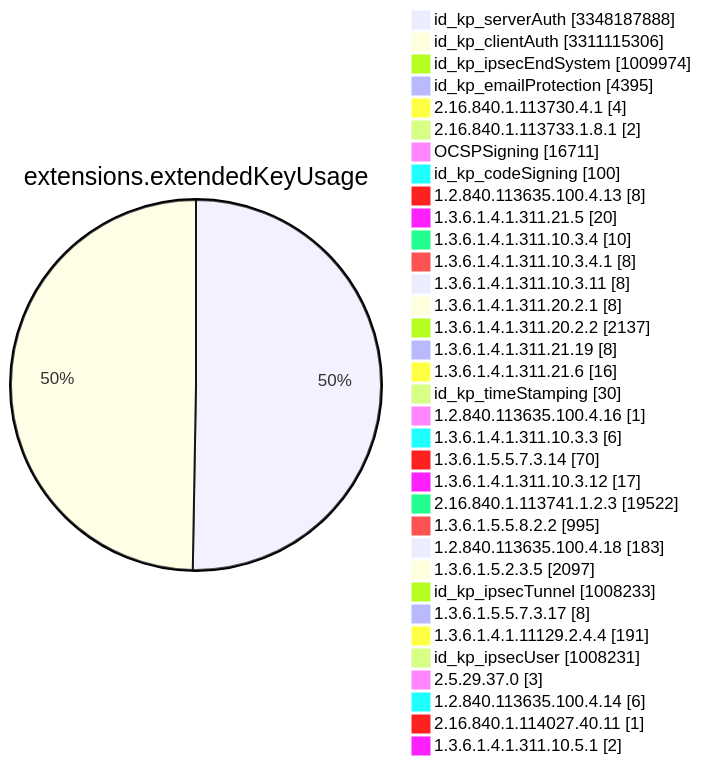
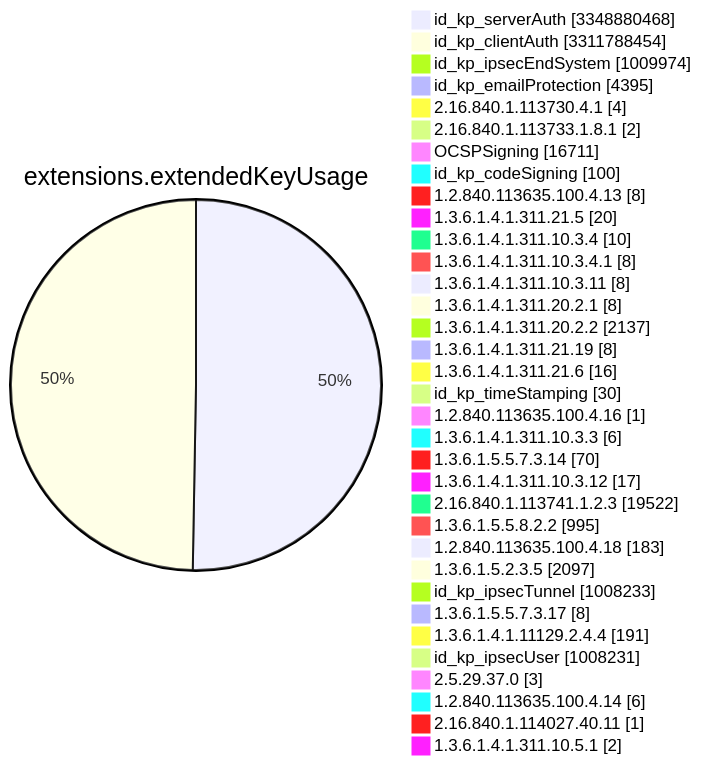
Before and after one commit to christiankrug/ctmonitor_visualization: diagram 11 of 15 in TOTAL/README.md, drawn with Mermaid. The commit also changed other lines of this file, not shown here.

````diff
--- a/TOTAL/README.md
+++ b/TOTAL/README.md
@@ -4120,38 +4120,38 @@
 ```mermaid
 pie showData
 title extensions.extendedKeyUsage
-"id_kp_serverAuth" :3348187888
-"id_kp_clientAuth" :3311115306
+"id_kp_serverAuth" :3348880468
+"id_kp_clientAuth" :3311788454
 "id_kp_ipsecEndSystem" :1009974
 "id_kp_emailProtection" :4395
 "2.16.840.1.113730.4.1" :4
 "2.16.840.1.113733.1.8.1" :2
 "OCSPSigning" :16711
 "id_kp_codeSigning" :100
 "1.2.840.113635.100.4.13" :8
 "1.3.6.1.4.1.311.21.5" :20
 "1.3.6.1.4.1.311.10.3.4" :10
 "1.3.6.1.4.1.311.10.3.4.1" :8
 "1.3.6.1.4.1.311.10.3.11" :8
 "1.3.6.1.4.1.311.20.2.1" :8
 "1.3.6.1.4.1.311.20.2.2" :2137
 "1.3.6.1.4.1.311.21.19" :8
 "1.3.6.1.4.1.311.21.6" :16
 "id_kp_timeStamping" :30
 "1.2.840.113635.100.4.16" :1
 "1.3.6.1.4.1.311.10.3.3" :6
 "1.3.6.1.5.5.7.3.14" :70
 "1.3.6.1.4.1.311.10.3.12" :17
 "2.16.840.1.113741.1.2.3" :19522
 "1.3.6.1.5.5.8.2.2" :995
 "1.2.840.113635.100.4.18" :183
 "1.3.6.1.5.2.3.5" :2097
 "id_kp_ipsecTunnel" :1008233
 "1.3.6.1.5.5.7.3.17" :8
 "1.3.6.1.4.1.11129.2.4.4" :191
 "id_kp_ipsecUser" :1008231
 "2.5.29.37.0" :3
 "1.2.840.113635.100.4.14" :6
 "2.16.840.1.114027.40.11" :1
 "1.3.6.1.4.1.311.10.5.1" :2
 ```
````
